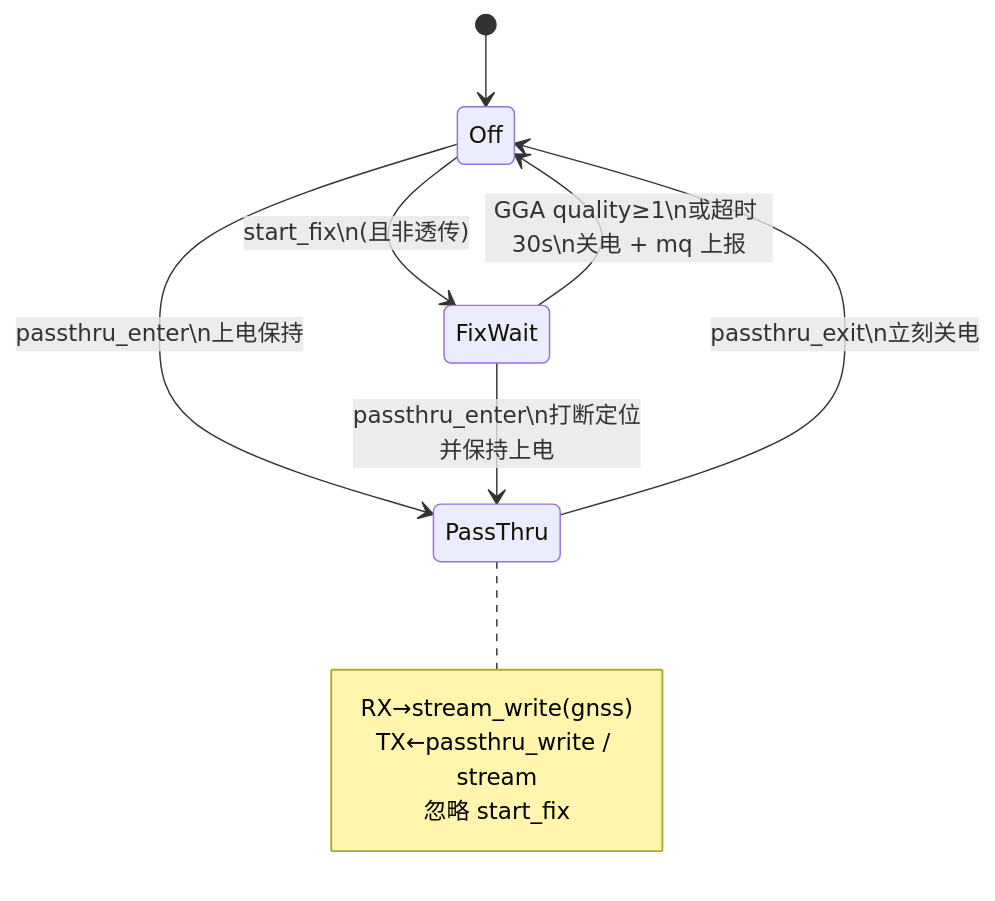
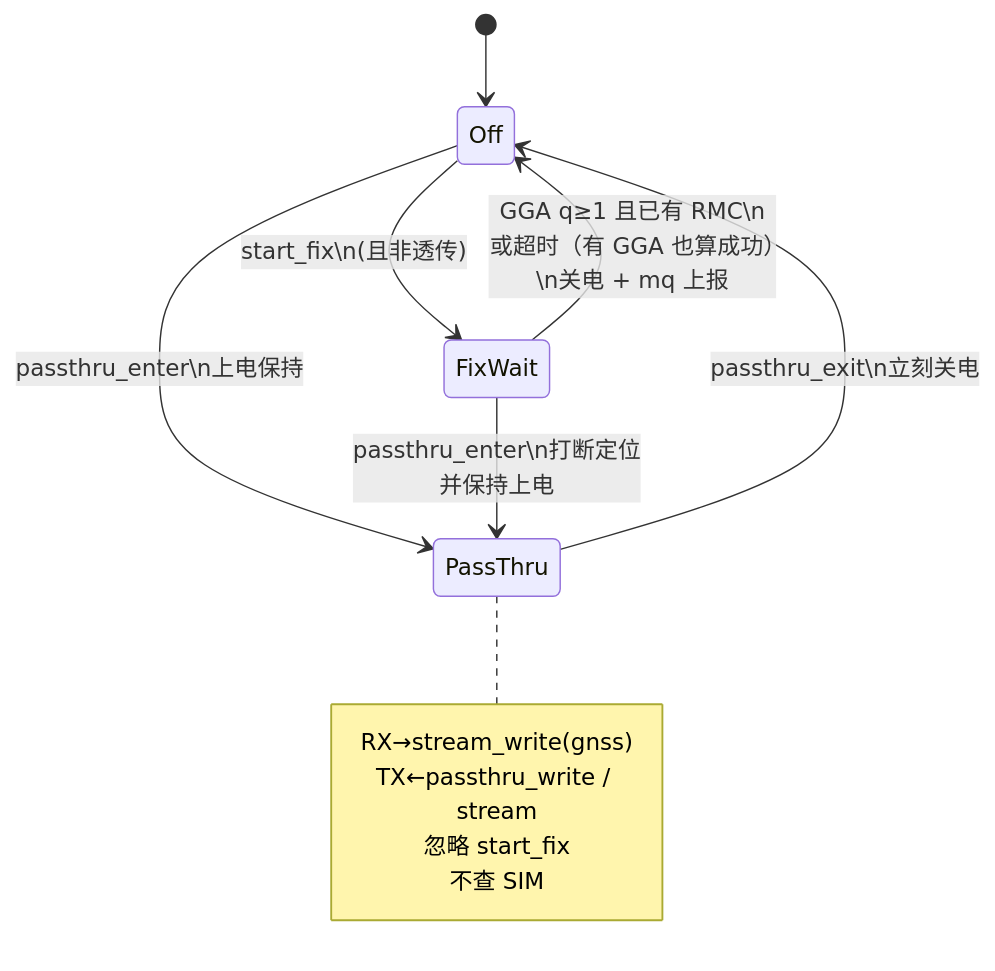
The second of 2 diagrams in BSP/gnss/README.md (fenglong2018/MB-A01-PRO), drawn with Mermaid before and after one commit. The commit also changed other lines of this file and 133 other files, not shown here.

````diff
--- a/BSP/gnss/README.md
+++ b/BSP/gnss/README.md
@@ -80,14 +107,15 @@
 ```mermaid
 stateDiagram-v2
     [*] --> Off
     Off --> FixWait: start_fix\n(且非透传)
-    FixWait --> Off: GGA quality≥1\n或超时 30s\n关电 + mq 上报
+    FixWait --> Off: GGA q≥1 且已有 RMC\n或超时（有 GGA 也算成功）\n关电 + mq 上报
     Off --> PassThru: passthru_enter\n上电保持
     PassThru --> Off: passthru_exit\n立刻关电
     FixWait --> PassThru: passthru_enter\n打断定位并保持上电
     note right of PassThru
       RX→stream_write(gnss)
       TX←passthru_write / stream
       忽略 start_fix
+      不查 SIM
     end note
 ```
````
